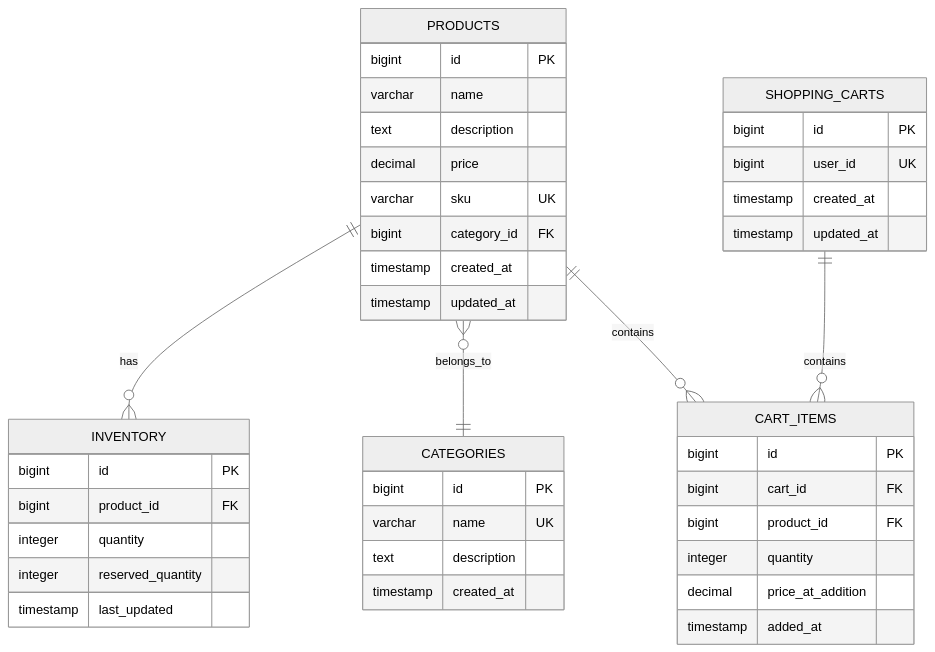
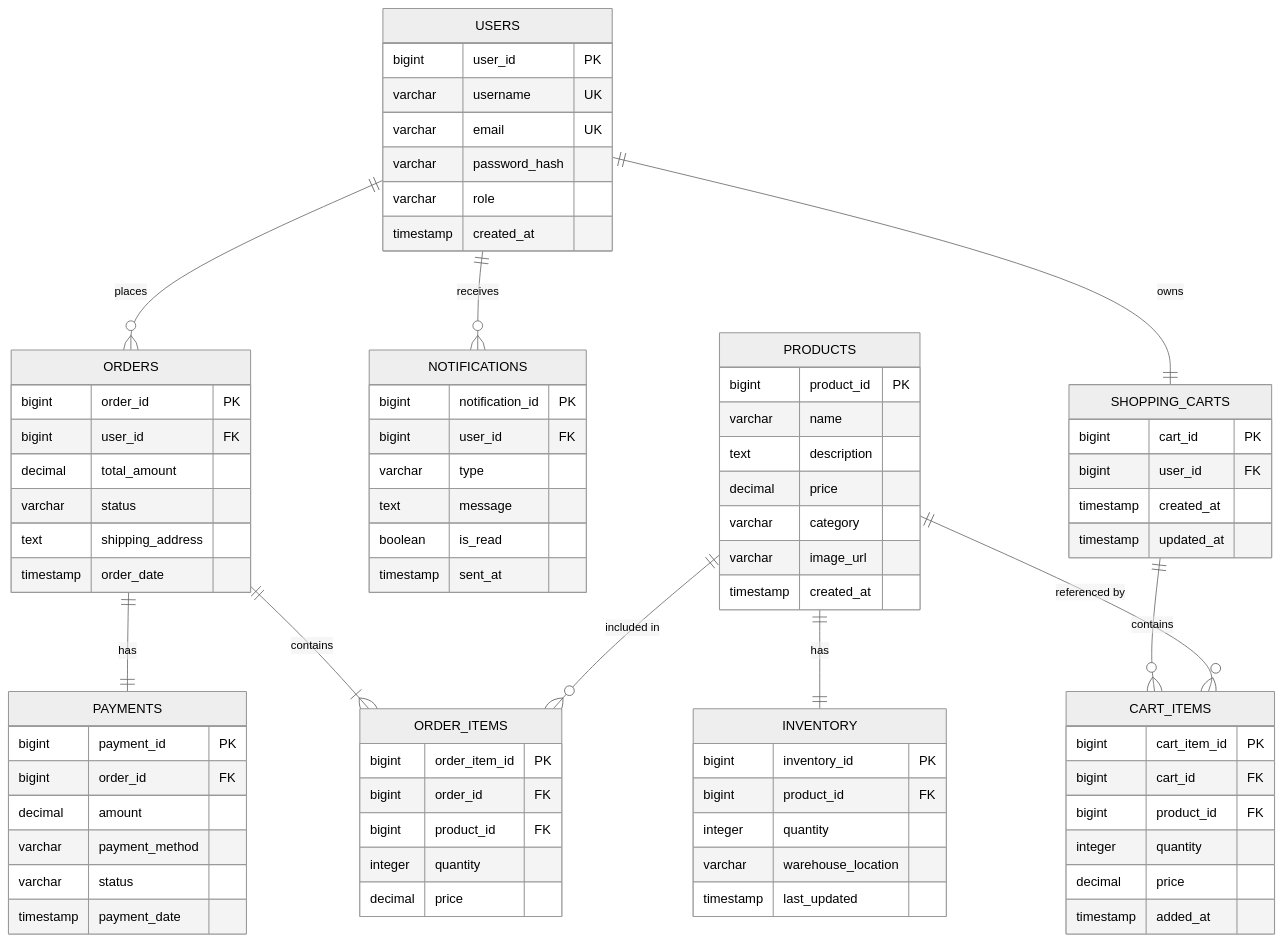
The second of 13 diagrams in docs/LLD/modified_lld.md (NavneetBN47/aava-ecom-demo), drawn with Mermaid (neutral theme) before and after one commit. The commit also changed other lines of this file, not shown here.

````diff
--- a/docs/LLD/modified_lld.md
+++ b/docs/LLD/modified_lld.md
@@ -231,49 +209,90 @@
 ```mermaid
 erDiagram
-    PRODUCTS ||--o{ INVENTORY : has
-    PRODUCTS }o--|| CATEGORIES : belongs_to
-    PRODUCTS ||--o{ CART_ITEMS : contains
+    USERS ||--o{ ORDERS : places
+    USERS ||--o{ NOTIFICATIONS : receives
+    USERS ||--|| SHOPPING_CARTS : owns
+    PRODUCTS ||--|| INVENTORY : has
+    PRODUCTS ||--o{ ORDER_ITEMS : "included in"
+    PRODUCTS ||--o{ CART_ITEMS : "referenced by"
+    ORDERS ||--|{ ORDER_ITEMS : contains
+    ORDERS ||--|| PAYMENTS : has
     SHOPPING_CARTS ||--o{ CART_ITEMS : contains
-    
+
+    USERS {
+        bigint user_id PK
+        varchar username UK
+        varchar email UK
+        varchar password_hash
+        varchar role
+        timestamp created_at
+    }
+
     PRODUCTS {
-        bigint id PK
+        bigint product_id PK
         varchar name
         text description
         decimal price
-        varchar sku UK
-        bigint category_id FK
+        varchar category
+        varchar image_url
+        timestamp created_at
+    }
+
+    INVENTORY {
+        bigint inventory_id PK
+        bigint product_id FK
+        integer quantity
+        varchar warehouse_location
+        timestamp last_updated
+    }
+
+    ORDERS {
+        bigint order_id PK
+        bigint user_id FK
+        decimal total_amount
+        varchar status
+        text shipping_address
+        timestamp order_date
+    }
+
+    ORDER_ITEMS {
+        bigint order_item_id PK
+        bigint order_id FK
+        bigint product_id FK
+        integer quantity
+        decimal price
+    }
+
+    PAYMENTS {
+        bigint payment_id PK
+        bigint order_id FK
+        decimal amount
+        varchar payment_method
+        varchar status
+        timestamp payment_date
+    }
+
+    NOTIFICATIONS {
+        bigint notification_id PK
+        bigint user_id FK
+        varchar type
+        text message
+        boolean is_read
+        timestamp sent_at
+    }
+
+    SHOPPING_CARTS {
+        bigint cart_id PK
+        bigint user_id FK
         timestamp created_at
         timestamp updated_at
     }
-    
-    CATEGORIES {
-        bigint id PK
-        varchar name UK
-        text description
-        timestamp created_at
-    }
-    
-    INVENTORY {
-        bigint id PK
-        bigint product_id FK
-        integer quantity
-        integer reserved_quantity
-        timestamp last_updated
-    }
-    
-    SHOPPING_CARTS {
-        bigint id PK
-        bigint user_id UK
-        timestamp created_at
-        timestamp updated_at
-    }
-    
+
     CART_ITEMS {
-        bigint id PK
+        bigint cart_item_id PK
         bigint cart_id FK
         bigint product_id FK
         integer quantity
-        decimal price_at_addition
+        decimal price
         timestamp added_at
     }
 ```
````
